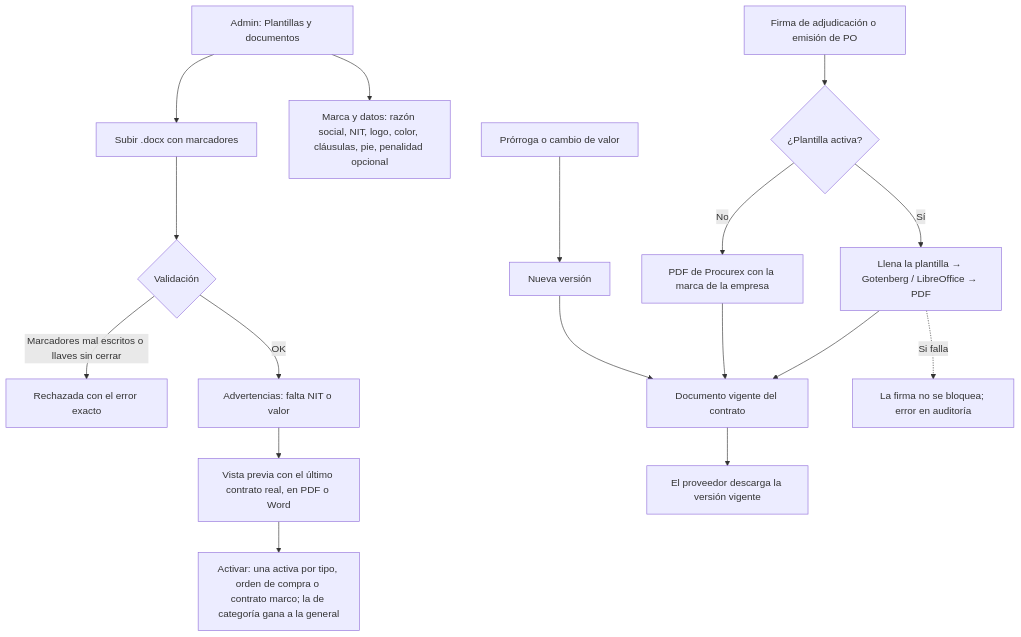
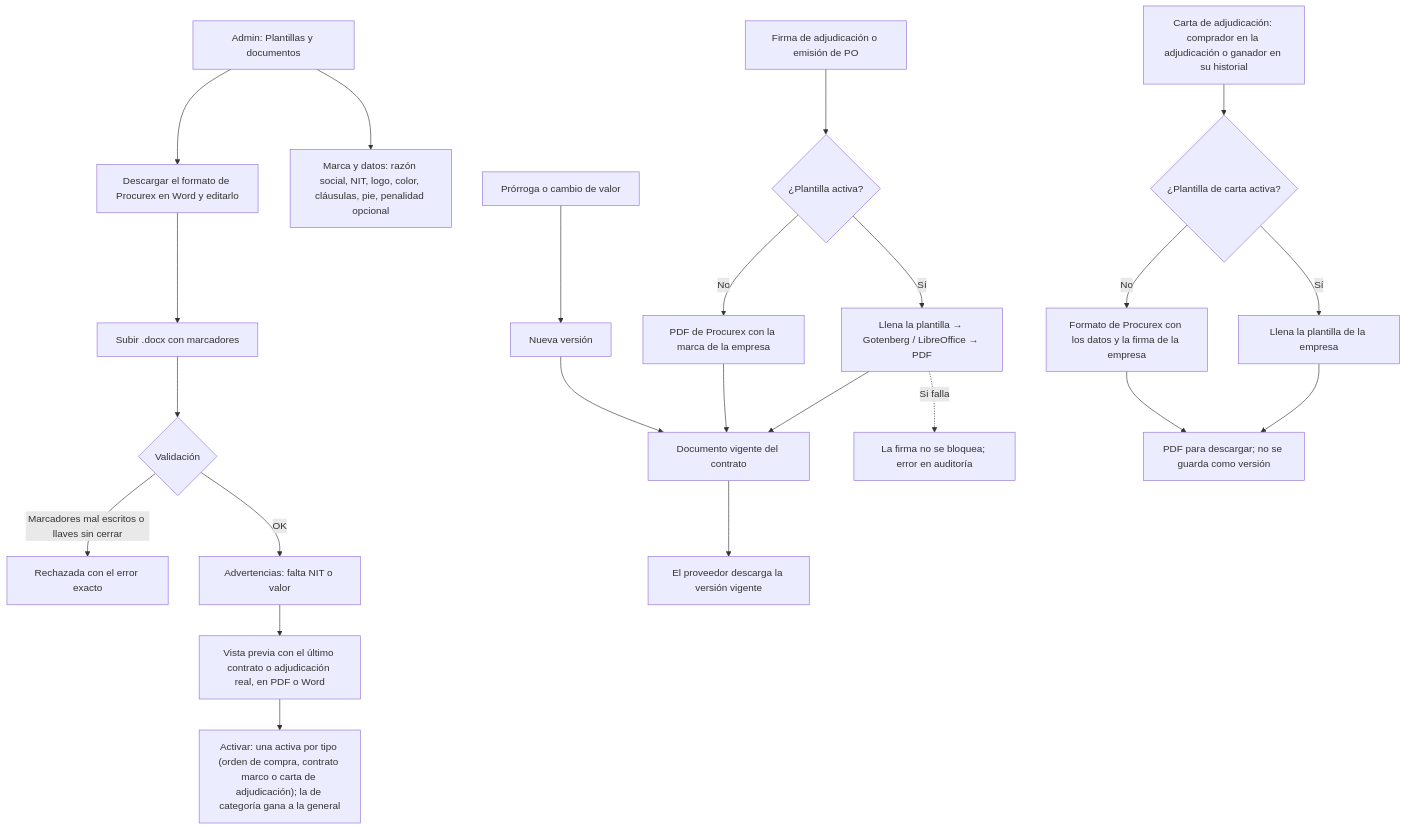
Diagram 28 of 34 in docs/DIAGRAMAS-FLUJO.md (johnalecc21/bolt_pro), drawn with Mermaid before and after one commit. The commit also changed other lines of this file and 1 other file, not shown here.

Commit message:
Docs: carta de adjudicación, menú colapsable, logins y loader en el flujo y los diagramas
Claude-Session: https://claude.ai/code/session_01FvLx2PXVsKge9HQCpkeMWa

````diff
--- a/docs/DIAGRAMAS-FLUJO.md
+++ b/docs/DIAGRAMAS-FLUJO.md
@@ -637,18 +638,23 @@
 ```mermaid
 flowchart TD
-    A["Admin: Plantillas y documentos"] --> B["Subir .docx con marcadores"]
+    A["Admin: Plantillas y documentos"] --> A2["Descargar el formato de Procurex en Word y editarlo"] --> B["Subir .docx con marcadores"]
     B --> C{"Validación"}
     C -->|"Marcadores mal escritos o llaves sin cerrar"| D["Rechazada con el error exacto"]
     C -->|"OK"| E["Advertencias: falta NIT o valor"]
-    E --> F["Vista previa con el último contrato real, en PDF o Word"]
-    F --> G["Activar: una activa por tipo, orden de compra o contrato marco; la de categoría gana a la general"]
+    E --> F["Vista previa con el último contrato o adjudicación real, en PDF o Word"]
+    F --> G["Activar: una activa por tipo (orden de compra, contrato marco o carta de adjudicación); la de categoría gana a la general"]
     A --> H["Marca y datos: razón social, NIT, logo, color, cláusulas, pie, penalidad opcional"]
 
     I["Firma de adjudicación o emisión de PO"] --> J{"¿Plantilla activa?"}
     J -->|"Sí"| K["Llena la plantilla → Gotenberg / LibreOffice → PDF"]
     J -->|"No"| L["PDF de Procurex con la marca de la empresa"]
     K & L --> M["Documento vigente del contrato"]
     N["Prórroga o cambio de valor"] --> O["Nueva versión"] --> M
     K -.->|"Si falla"| P["La firma no se bloquea; error en auditoría"]
     M --> Q["El proveedor descarga la versión vigente"]
+
+    R["Carta de adjudicación: comprador en la adjudicación o ganador en su historial"] --> S{"¿Plantilla de carta activa?"}
+    S -->|"Sí"| T["Llena la plantilla de la empresa"]
+    S -->|"No"| U["Formato de Procurex con los datos y la firma de la empresa"]
+    T & U --> V["PDF para descargar; no se guarda como versión"]
 ```
````
